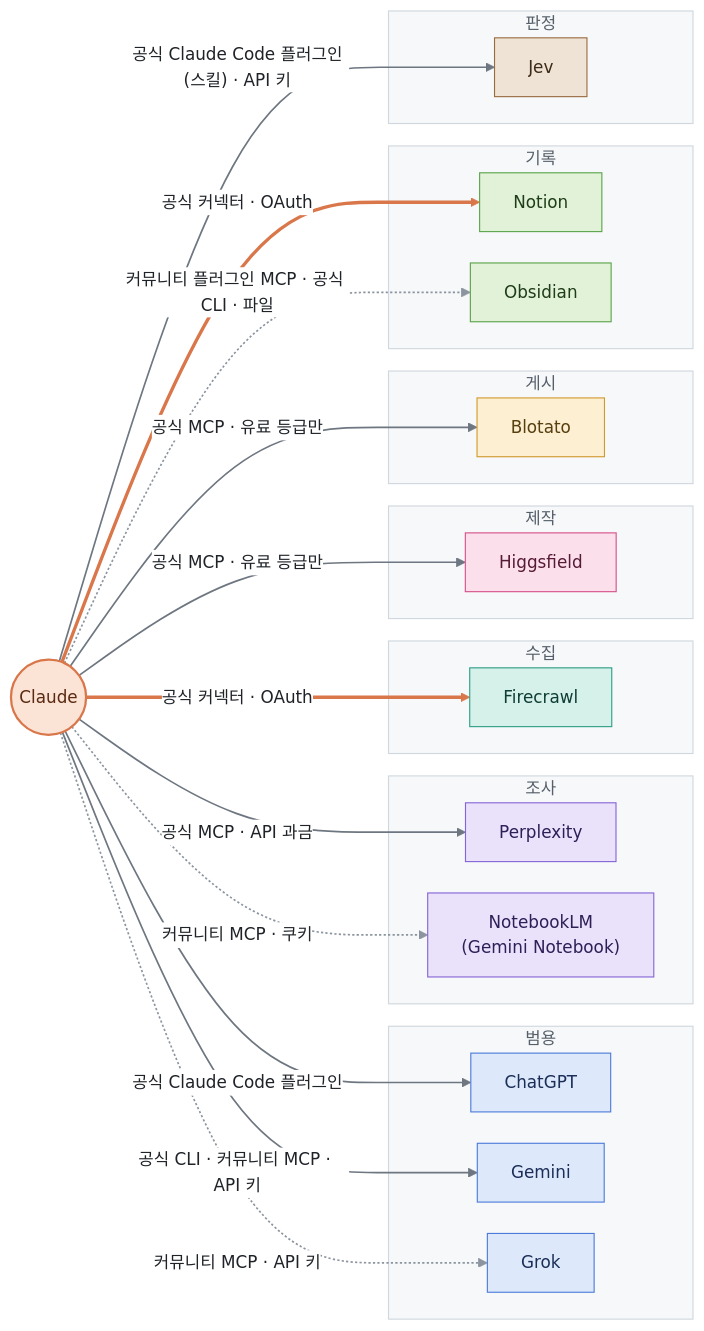
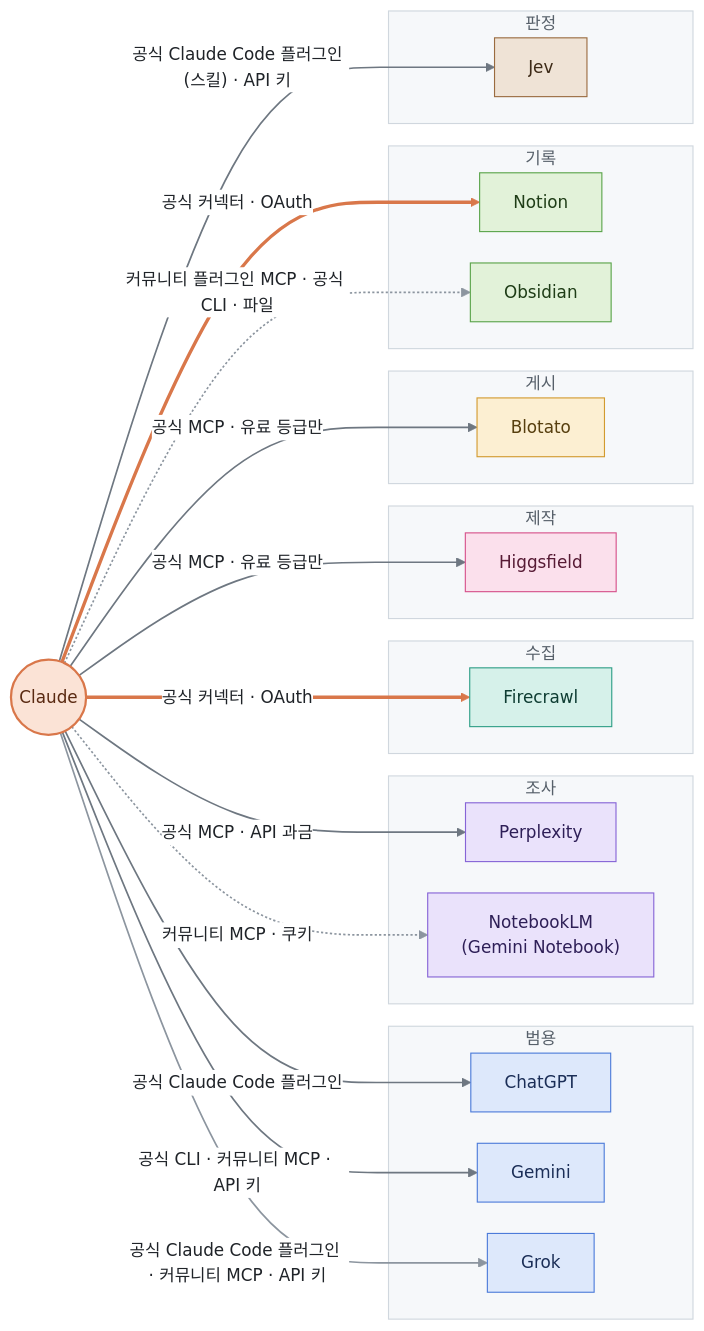
One commit to Ruminem/ai-crew-atlas changed the first of 3 diagrams in TOOLS.md. Above: the diagram before and after it, drawn with Mermaid. The commit also changed other lines of this file and 2 other files, not shown here.

First line of the commit message:
ChatGPT · Grok 항목을 공식 출처로 다시 확인함 — 금액은 그대로. ChatGPT 는 Pro 200 축소 취소·Pro 100/500 한도 2배·Business Pro 모델 한도·Go 광고 시험·Images 2.6·옛 음성 은퇴·Sign in with ChatGPT 를, Grok 은 공식 Claude Code 플러그인·Grok Build CLI 소스 공개(Apache-2.0)·TS SDK·미국 리전 모델·결제 수단을 반영함. 관계도 Grok 선을 공식으로 바꾸고 CHANGELOG 와 시간 표 행을 더함

````diff
--- a/TOOLS.md
+++ b/TOOLS.md
@@ -37,63 +37,63 @@
 ```mermaid
 %%{init: {"theme": "base", "themeVariables": {"fontSize": "15px", "primaryTextColor": "#1F2328", "textColor": "#1F2328", "lineColor": "#8C959F", "edgeLabelBackground": "#FFFFFF", "clusterBkg": "#F6F8FA", "clusterBorder": "#D0D7DE", "titleColor": "#57606A"}, "flowchart": {"curve": "basis", "nodeSpacing": 28, "rankSpacing": 70}}}%%
 flowchart LR
     C(("Claude"))
 
     subgraph 범용
         GPT["ChatGPT"]
         GEM["Gemini"]
         GRK["Grok"]
     end
     subgraph 조사
         PPX["Perplexity"]
         NLM["NotebookLM<br/>(Gemini Notebook)"]
     end
     subgraph 수집
         FC["Firecrawl"]
     end
     subgraph 제작
         HF["Higgsfield"]
     end
     subgraph 게시
         BL["Blotato"]
     end
     subgraph 기록
         NO["Notion"]
         OB["Obsidian"]
     end
     subgraph 판정
         JEV["Jev"]
     end
 
     C ==>|"공식 커넥터 · OAuth"| FC
     C ==>|"공식 커넥터 · OAuth"| NO
     C -->|"공식 MCP · API 과금"| PPX
     C -->|"공식 MCP · 유료 등급만"| HF
     C -->|"공식 MCP · 유료 등급만"| BL
     C -->|"공식 Claude Code 플러그인"| GPT
     C -->|"공식 Claude Code 플러그인(스킬) · API 키"| JEV
     C -->|"공식 CLI · 커뮤니티 MCP · API 키"| GEM
-    C -.->|"커뮤니티 MCP · API 키"| GRK
+    C -->|"공식 Claude Code 플러그인 · 커뮤니티 MCP · API 키"| GRK
     C -.->|"커뮤니티 MCP · 쿠키"| NLM
     C -.->|"커뮤니티 플러그인 MCP · 공식 CLI · 파일"| OB
 
     classDef claude fill:#FBE3D6,stroke:#D9774A,stroke-width:2px,color:#5A2A12
     classDef general fill:#DDE8FB,stroke:#4C7BD9,color:#1B2E57
     classDef research fill:#EAE2FB,stroke:#8664D6,color:#2E1F57
     classDef collect fill:#D6F1EA,stroke:#2E9E86,color:#0F3D33
     classDef create fill:#FBE0EC,stroke:#D6508A,color:#571B35
     classDef publish fill:#FCEFD2,stroke:#D29A2E,color:#573F0F
     classDef record fill:#E2F2D9,stroke:#5AA44A,color:#1F3D17
     classDef judge fill:#EFE3D6,stroke:#9A6B3F,color:#3D2A17
     class C claude
     class GPT,GEM,GRK general
     class PPX,NLM research
     class FC collect
     class HF create
     class BL publish
     class NO,OB record
     class JEV judge
     linkStyle 0,1 stroke:#D9774A,stroke-width:3px
     linkStyle 2,3,4,5,6,7 stroke:#6E7781,stroke-width:1.5px
     linkStyle 8,9,10 stroke:#8C959F,stroke-width:1.5px
 ```
````
